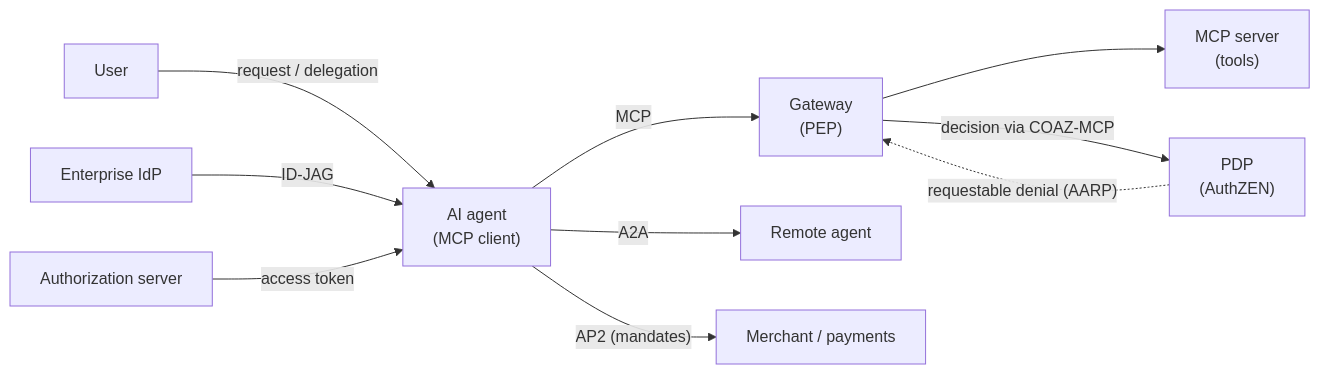
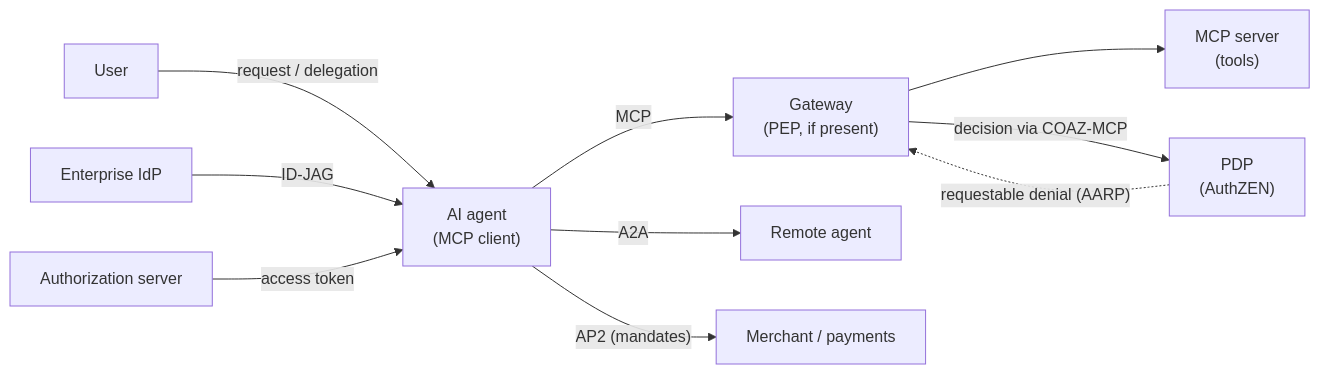
One commit to bmf-san/bmf-tech changed the first of 3 diagrams in content/en/posts/authorization-for-ai-agents.md. Above: the diagram before and after it, drawn with Mermaid. The commit also changed other lines of this file and 1 other file, not shown here.

First line of the commit message:
fix: AIエージェントの認可の記事の図・表・まとめを本文と AIMS・COAZ-MCP に合わせる

````diff
--- a/content/en/posts/authorization-for-ai-agents.md
+++ b/content/en/posts/authorization-for-ai-agents.md
@@ -85,21 +85,21 @@
 ```mermaid
 flowchart LR
     U["User"]
     IDP["Enterprise IdP"]
     A["AI agent<br/>(MCP client)"]
     AS["Authorization server"]
-    G["Gateway<br/>(PEP)"]
+    G["Gateway<br/>(PEP, if present)"]
     PDP["PDP<br/>(AuthZEN)"]
     T["MCP server<br/>(tools)"]
     RA["Remote agent"]
     PAY["Merchant / payments"]
 
     U -- "request / delegation" --> A
     IDP -- "ID-JAG" --> A
     AS -- "access token" --> A
     A -- "MCP" --> G --> T
     G -- "decision via COAZ-MCP" --> PDP
     PDP -. "requestable denial (AARP)" .-> G
     A -- "A2A" --> RA
     A -- "AP2 (mandates)" --> PAY
 ```
````
